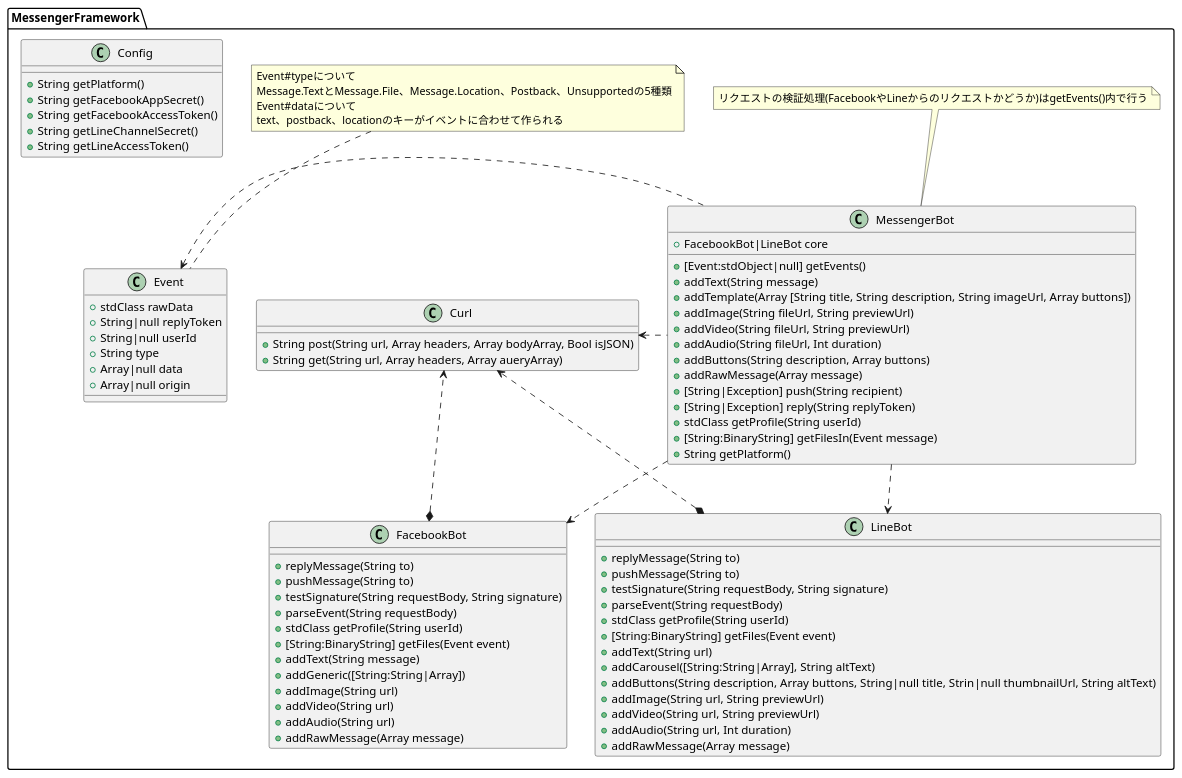
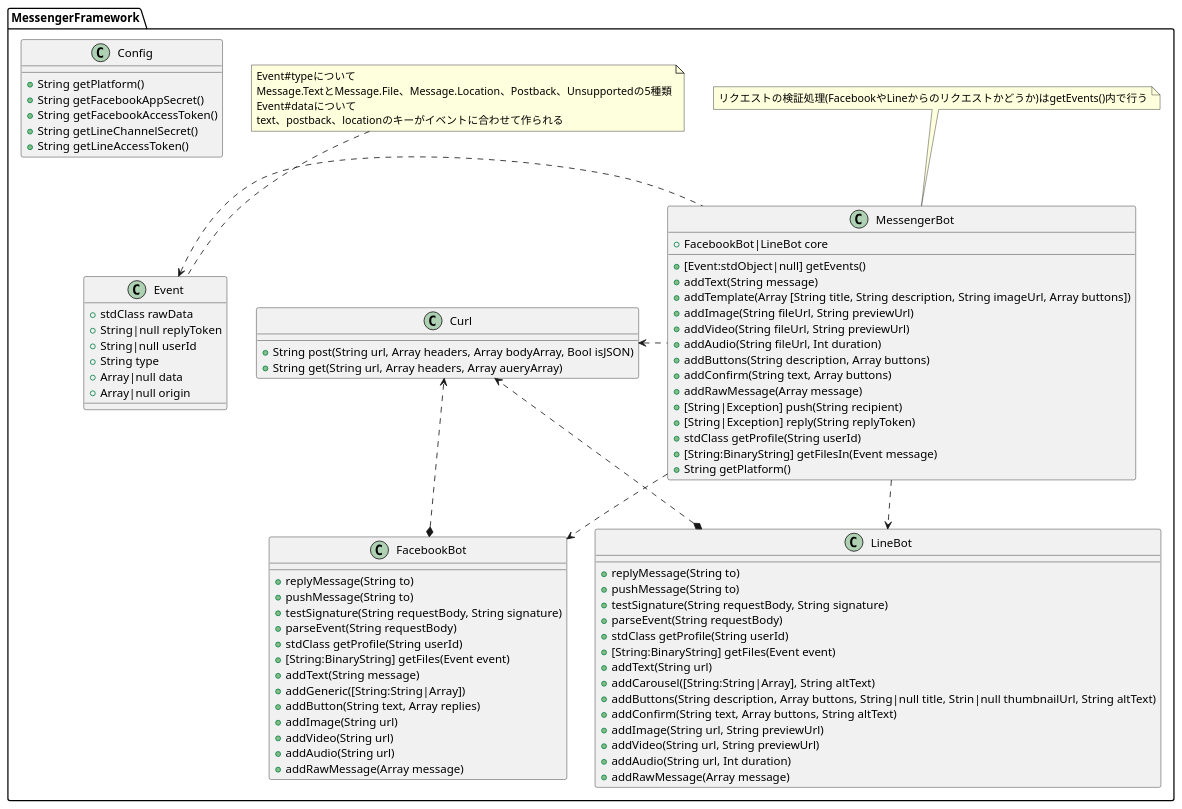
Before and after one commit to genies-inc/messenger-framework: the diagram in docs/class-spec.puml, drawn with PlantUML. The commit also changed 1 other file, not shown here.

```diff
--- a/docs/class-spec.puml
+++ b/docs/class-spec.puml
@@ -1,99 +1,102 @@
 @startuml
 
 namespace MessengerFramework {
 
   class Event {
     + stdClass rawData
     + String|null replyToken
     + String|null userId
     + String type
     + Array|null data
     + Array|null origin
   }
 
   note top of Event
     Event#typeについて
     Message.TextとMessage.File、Message.Location、Postback、Unsupportedの5種類
     Event#dataについて
     text、postback、locationのキーがイベントに合わせて作られる
   end note
 
   class MessengerBot {
     + FacebookBot|LineBot core
     + [Event:stdObject|null] getEvents()
     + addText(String message)
     + addTemplate(Array [String title, String description, String imageUrl, Array buttons])
     + addImage(String fileUrl, String previewUrl)
     + addVideo(String fileUrl, String previewUrl)
     + addAudio(String fileUrl, Int duration)
     + addButtons(String description, Array buttons)
+    + addConfirm(String text, Array buttons)
     + addRawMessage(Array message)
     + [String|Exception] push(String recipient)
     + [String|Exception] reply(String replyToken)
     + stdClass getProfile(String userId)
     + [String:BinaryString] getFilesIn(Event message)
     + String getPlatform()
   }
 
   note top of MessengerBot
     リクエストの検証処理(FacebookやLineからのリクエストかどうか)はgetEvents()内で行う
   end note
 
   class FacebookBot {
     + replyMessage(String to)
     + pushMessage(String to)
     + testSignature(String requestBody, String signature)
     + parseEvent(String requestBody)
     + stdClass getProfile(String userId)
     + [String:BinaryString] getFiles(Event event)
     + addText(String message)
     + addGeneric([String:String|Array])
+    + addButton(String text, Array replies)
     + addImage(String url)
     + addVideo(String url)
     + addAudio(String url)
     + addRawMessage(Array message)
   }
 
   class LineBot {
     + replyMessage(String to)
     + pushMessage(String to)
     + testSignature(String requestBody, String signature)
     + parseEvent(String requestBody)
     + stdClass getProfile(String userId)
     + [String:BinaryString] getFiles(Event event)
     + addText(String url)
     + addCarousel([String:String|Array], String altText)
     + addButtons(String description, Array buttons, String|null title, Strin|null thumbnailUrl, String altText)
+    + addConfirm(String text, Array buttons, String altText)
     + addImage(String url, String previewUrl)
     + addVideo(String url, String previewUrl)
     + addAudio(String url, Int duration)
     + addRawMessage(Array message)
   }
 
   class Curl {
     + String post(String url, Array headers, Array bodyArray, Bool isJSON)
     + String get(String url, Array headers, Array aueryArray)
   }
 
   class Config {
     + String getPlatform()
     + String getFacebookAppSecret()
     + String getFacebookAccessToken()
     + String getLineChannelSecret()
     + String getLineAccessToken()
   }
 
 }
 
 ' MessengerFramework内の関連
 
 MessengerFramework.MessengerBot .d.> MessengerFramework.FacebookBot
 MessengerFramework.MessengerBot .d.> MessengerFramework.LineBot
 MessengerFramework.MessengerBot .l.> MessengerFramework.Curl
 MessengerFramework.MessengerBot .l.> MessengerFramework.Event
 
 MessengerFramework.FacebookBot *..> MessengerFramework.Curl
 
 MessengerFramework.LineBot *..> MessengerFramework.Curl
 
 @enduml
```
